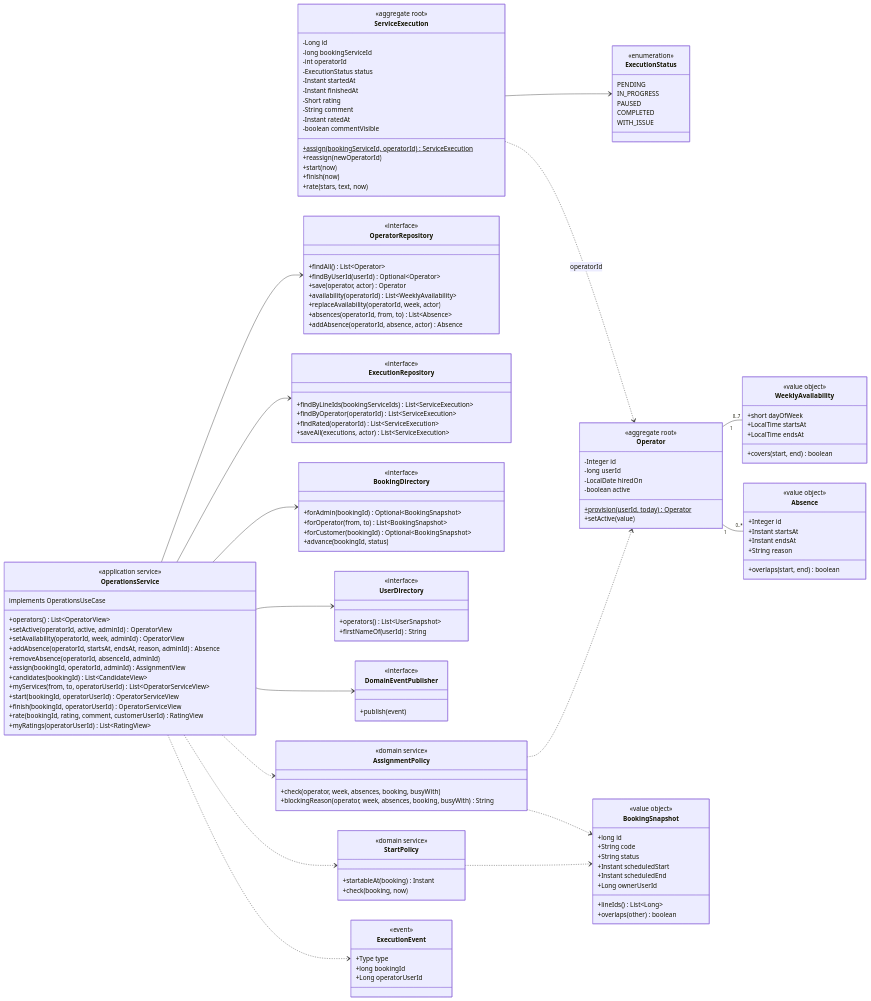
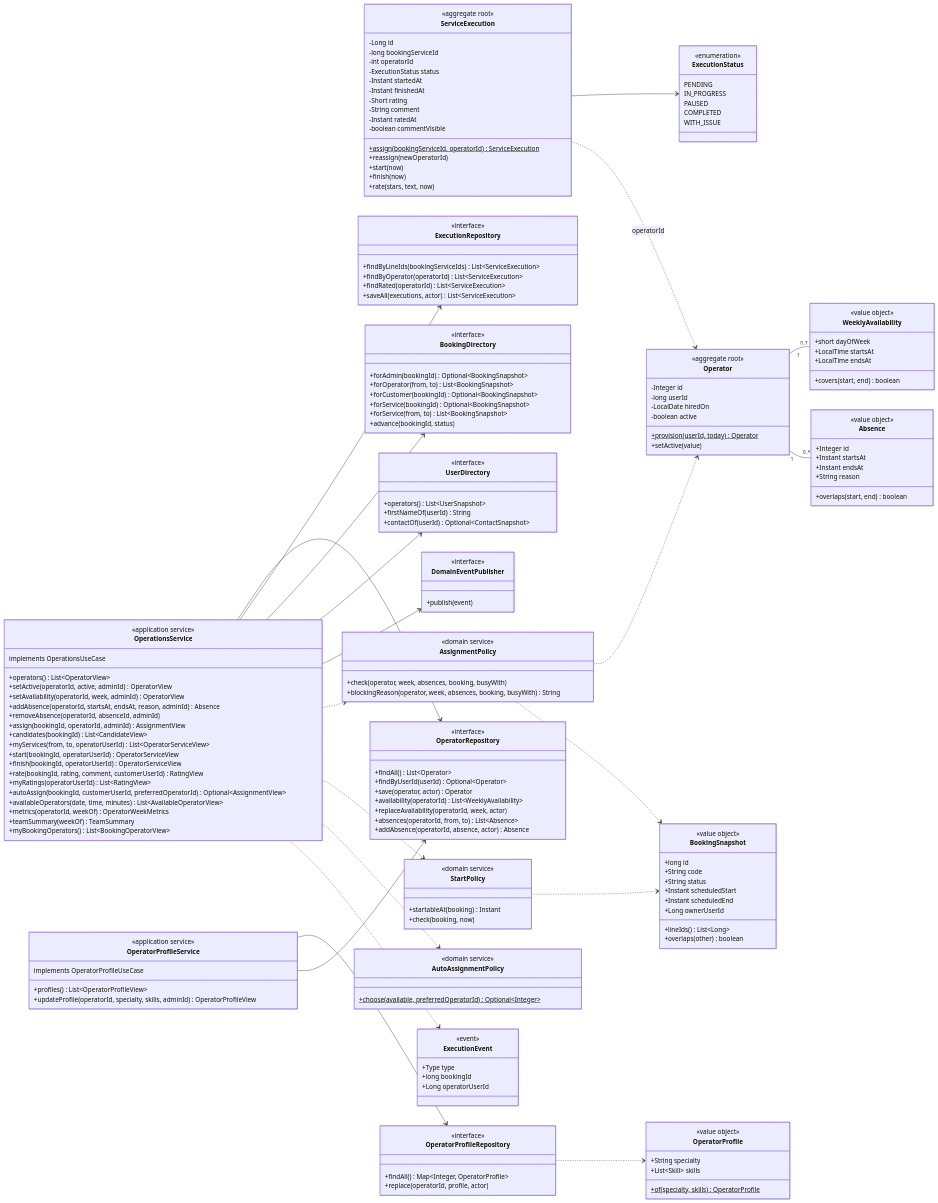
Before and after one commit to BrayanCABRERA123/lavarapido-docs: diagram 14 of 19 in Diseno-del-Software/ES/Diseno-del-Software.md, drawn with Mermaid. The commit also changed other lines of this file and 1 other file, not shown here.

````diff
--- a/Diseno-del-Software/ES/Diseno-del-Software.md
+++ b/Diseno-del-Software/ES/Diseno-del-Software.md
@@ -2309,6 +2490,32 @@
     +finish(bookingId, operatorUserId) OperatorServiceView
     +rate(bookingId, rating, comment, customerUserId) RatingView
     +myRatings(operatorUserId) List~RatingView~
+    +autoAssign(bookingId, customerUserId, preferredOperatorId) Optional~AssignmentView~
+    +availableOperators(date, time, minutes) List~AvailableOperatorView~
+    +metrics(operatorId, weekOf) OperatorWeekMetrics
+    +teamSummary(weekOf) TeamSummary
+    +myBookingOperators() List~BookingOperatorView~
+  }
+  class AutoAssignmentPolicy {
+    <<domain service>>
+    +choose(available, preferredOperatorId) Optional~Integer~$
+  }
+  class OperatorProfile {
+    <<value object>>
+    +String specialty
+    +List~Skill~ skills
+    +of(specialty, skills) OperatorProfile$
+  }
+  class OperatorProfileService {
+    <<application service>>
+    implements OperatorProfileUseCase
+    +profiles() List~OperatorProfileView~
+    +updateProfile(operatorId, specialty, skills, adminId) OperatorProfileView
+  }
+  class OperatorProfileRepository {
+    <<interface>>
+    +findAll() Map~Integer, OperatorProfile~
+    +replace(operatorId, profile, actor)
   }
   class OperatorRepository {
     <<interface>>
@@ -2332,12 +2539,15 @@
     +forAdmin(bookingId) Optional~BookingSnapshot~
     +forOperator(from, to) List~BookingSnapshot~
     +forCustomer(bookingId) Optional~BookingSnapshot~
+    +forService(bookingId) Optional~BookingSnapshot~
+    +forService(from, to) List~BookingSnapshot~
     +advance(bookingId, status)
   }
   class UserDirectory {
     <<interface>>
     +operators() List~UserSnapshot~
     +firstNameOf(userId) String
+    +contactOf(userId) Optional~ContactSnapshot~
   }
   class DomainEventPublisher {
     <<interface>>
@@ -2357,5 +2567,9 @@
   OperationsService --> DomainEventPublisher
   OperationsService ..> AssignmentPolicy
   OperationsService ..> StartPolicy
+  OperationsService ..> AutoAssignmentPolicy
+  OperatorProfileService --> OperatorProfileRepository
+  OperatorProfileService --> OperatorRepository
+  OperatorProfileRepository ..> OperatorProfile
   OperationsService ..> ExecutionEvent
 ```
````
